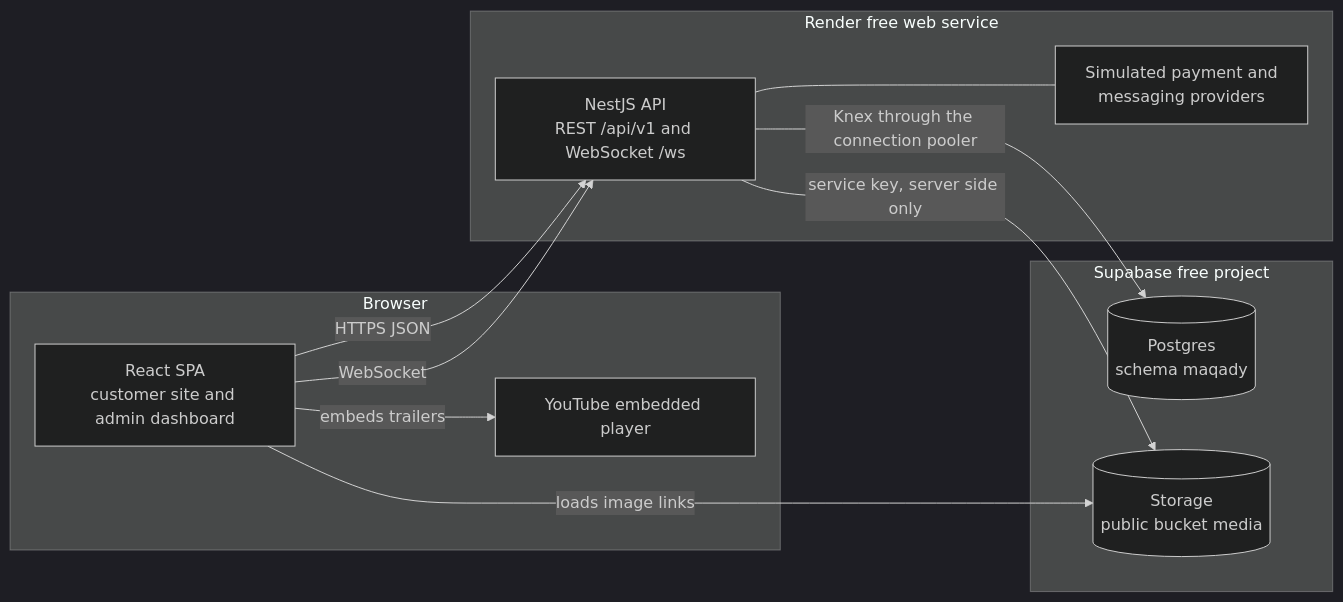
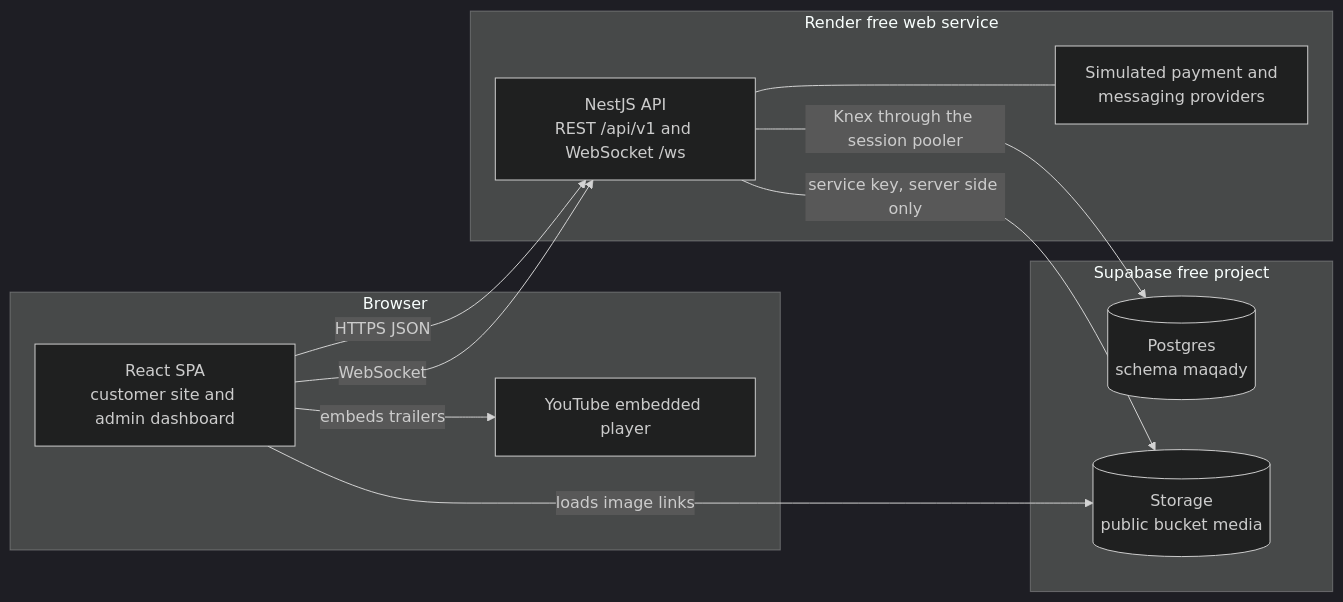
Before and after one commit to moalmobayed/maqady-backend: the first of 3 diagrams in docs/system-design.md, drawn with Mermaid (dark theme). The commit also changed other lines of this file and 1 other file, not shown here.

````diff
--- a/docs/system-design.md
+++ b/docs/system-design.md
@@ -75,22 +76,22 @@
 ```mermaid
 flowchart LR
   subgraph Browser
     FE["React SPA<br/>customer site and admin dashboard"]
     YT["YouTube embedded player"]
   end
   subgraph Render["Render free web service"]
     API["NestJS API<br/>REST /api/v1 and WebSocket /ws"]
     SIM["Simulated payment and<br/>messaging providers"]
   end
   subgraph Supabase["Supabase free project"]
     PG[("Postgres<br/>schema maqady")]
     ST[("Storage<br/>public bucket media")]
   end
   FE -- "HTTPS JSON" --> API
   FE -- "WebSocket" --> API
   FE -- "loads image links" --> ST
   FE -- "embeds trailers" --> YT
-  API -- "Knex through the connection pooler" --> PG
+  API -- "Knex through the session pooler" --> PG
   API -- "service key, server side only" --> ST
   API --- SIM
 ```
````
